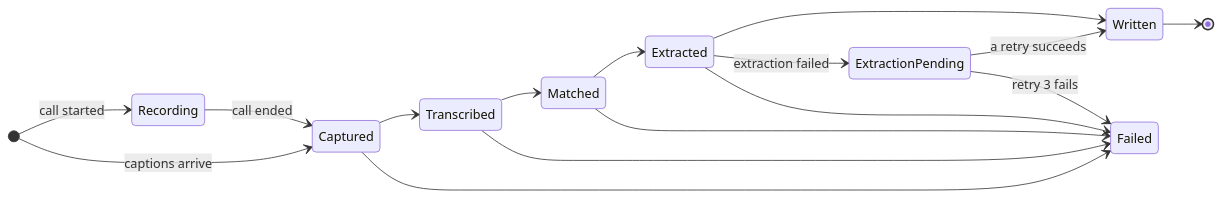
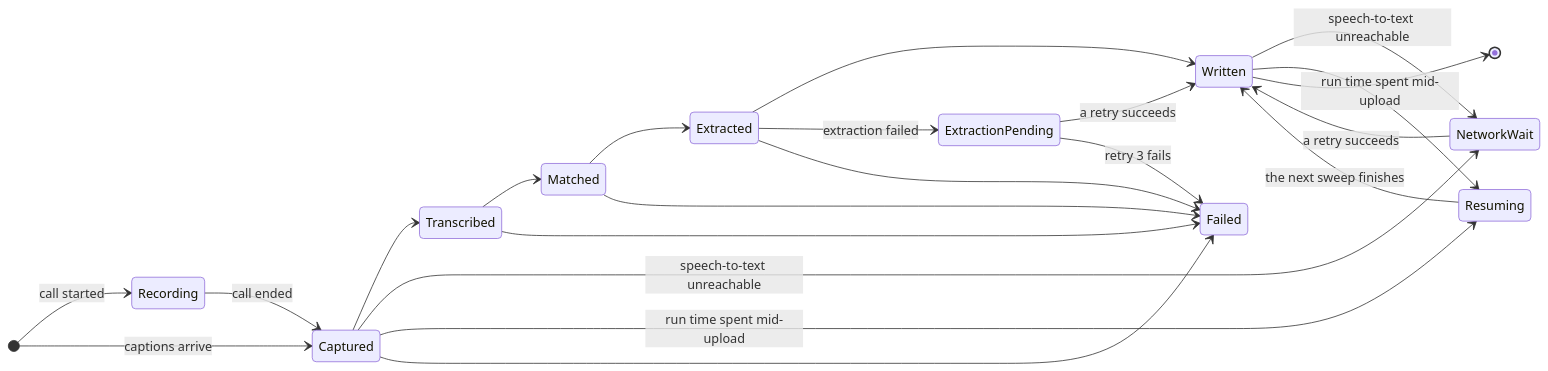
The third of 9 diagrams in docs/02-architecture.md (kujjwal02/meeting-capture), drawn with Mermaid before and after one commit. The commit also changed other lines of this file and 42 other files, not shown here.

````diff
--- a/docs/02-architecture.md
+++ b/docs/02-architecture.md
@@ -46,19 +46,25 @@
 ```mermaid
 stateDiagram-v2
     direction LR
     [*] --> Recording: call started
     [*] --> Captured: captions arrive
     Recording --> Captured: call ended
     Captured --> Transcribed
     Transcribed --> Matched
     Matched --> Extracted
     Extracted --> Written
     Extracted --> ExtractionPending: extraction failed
     ExtractionPending --> Written: a retry succeeds
     ExtractionPending --> Failed: retry 3 fails
+    Captured --> NetworkWait: speech-to-text unreachable
+    Written --> NetworkWait: speech-to-text unreachable
+    NetworkWait --> Written: a retry succeeds
+    Captured --> Resuming: run time spent mid-upload
+    Written --> Resuming: run time spent mid-upload
+    Resuming --> Written: the next sweep finishes
     Written --> [*]
     Captured --> Failed
     Transcribed --> Failed
     Matched --> Failed
     Extracted --> Failed
 ```
````
